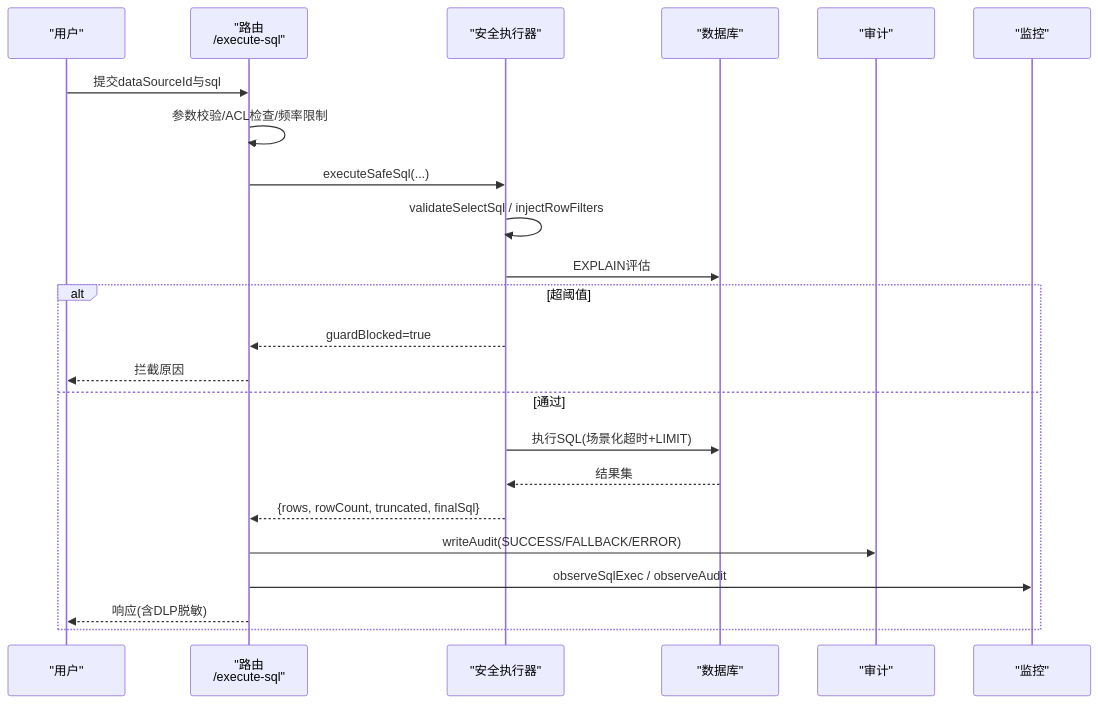
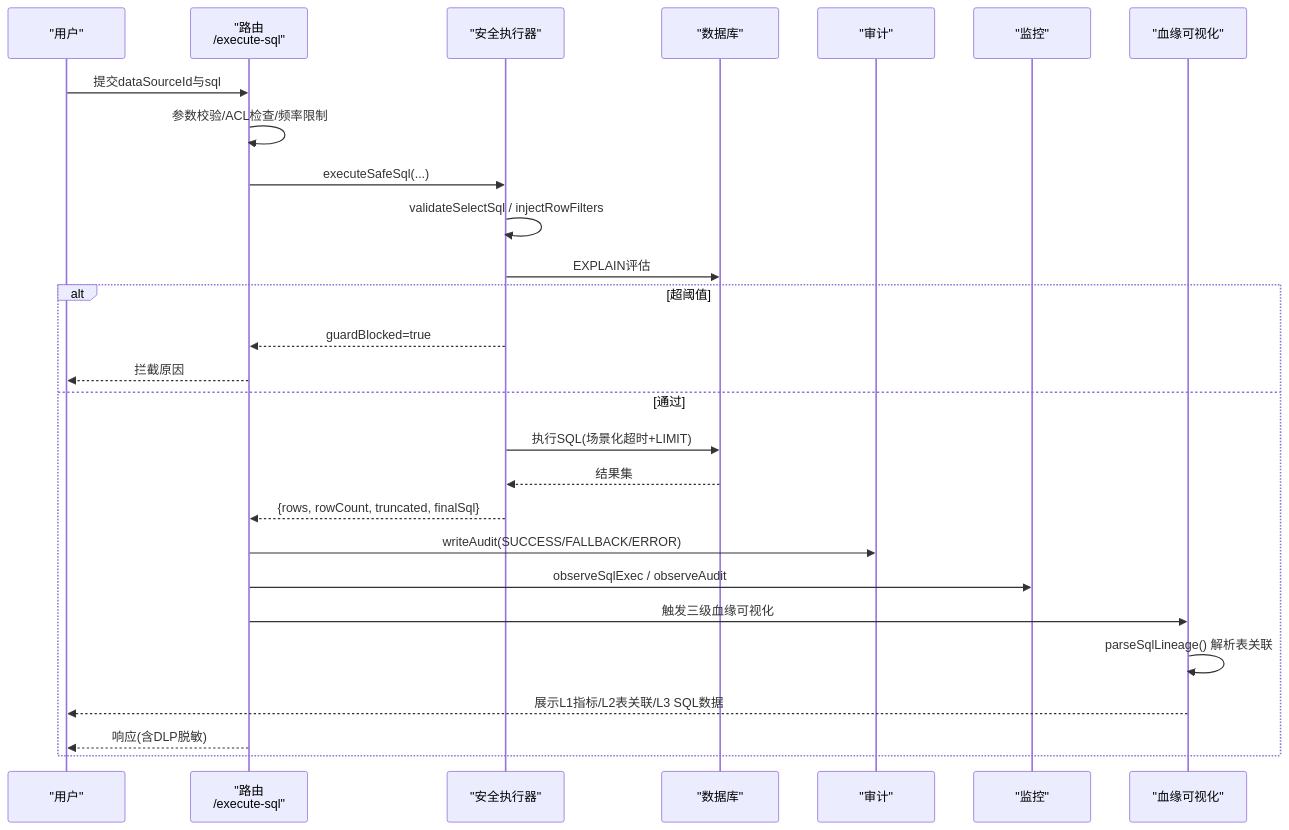
The fifth of 6 diagrams in .qoder/repowiki/zh/content/系统架构/核心组件详解/查询处理引擎/SQL执行器与安全控制.md (dgjin/smart-data-analytics), drawn with Mermaid before and after one commit. The commit also changed other lines of this file and 82 other files, not shown here.

````diff
--- a/.qoder/repowiki/zh/content/系统架构/核心组件详解/查询处理引擎/SQL执行器与安全控制.md
+++ b/.qoder/repowiki/zh/content/系统架构/核心组件详解/查询处理引擎/SQL执行器与安全控制.md
@@ -299,25 +392,29 @@
 ```mermaid
 sequenceDiagram
 participant U as "用户"
 participant R as "路由<br/>/execute-sql"
 participant E as "安全执行器"
 participant D as "数据库"
 participant AU as "审计"
 participant M as "监控"
+participant L as "血缘可视化"
 U->>R : 提交dataSourceId与sql
 R->>R : 参数校验/ACL检查/频率限制
 R->>E : executeSafeSql(...)
 E->>E : validateSelectSql / injectRowFilters
 E->>D : EXPLAIN评估
 alt 超阈值
 E-->>R : guardBlocked=true
 R-->>U : 拦截原因
 else 通过
 E->>D : 执行SQL(场景化超时+LIMIT)
 D-->>E : 结果集
 E-->>R : {rows, rowCount, truncated, finalSql}
 R->>AU : writeAudit(SUCCESS/FALLBACK/ERROR)
 R->>M : observeSqlExec / observeAudit
+R->>L : 触发三级血缘可视化
+L->>L : parseSqlLineage() 解析表关联
+L-->>U : 展示L1指标/L2表关联/L3 SQL数据
 R-->>U : 响应(含DLP脱敏)
 end
 ```
````
